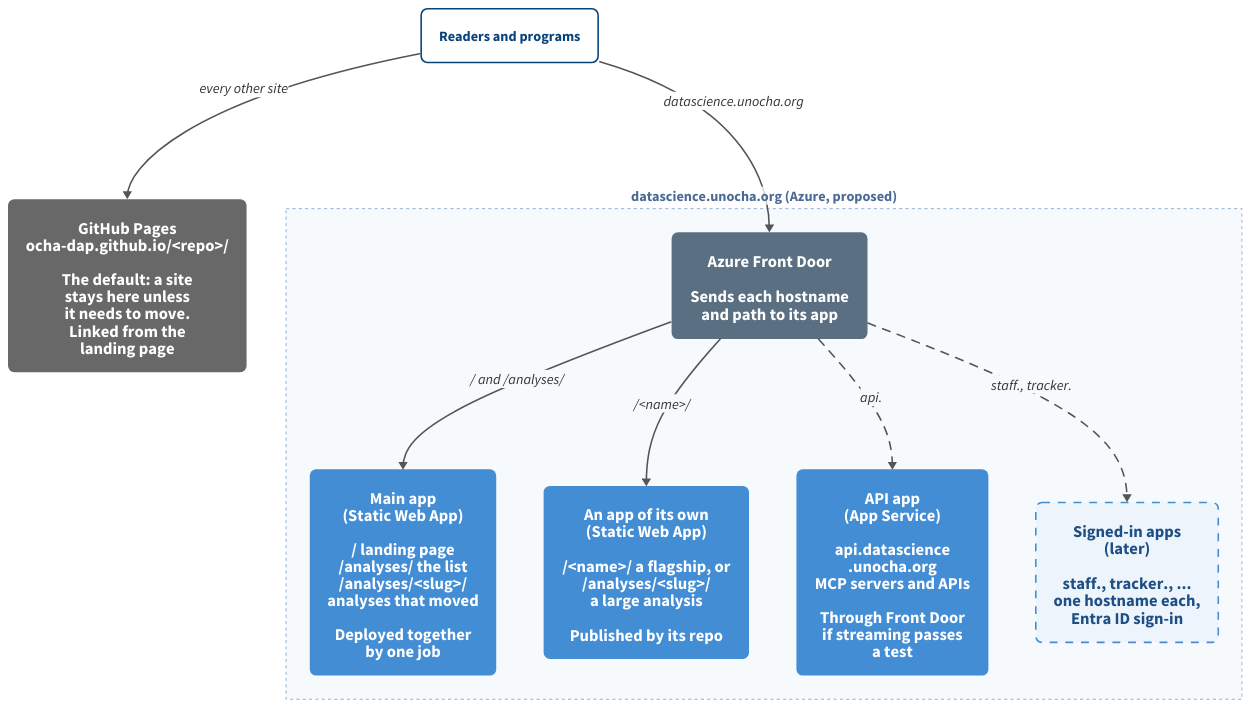
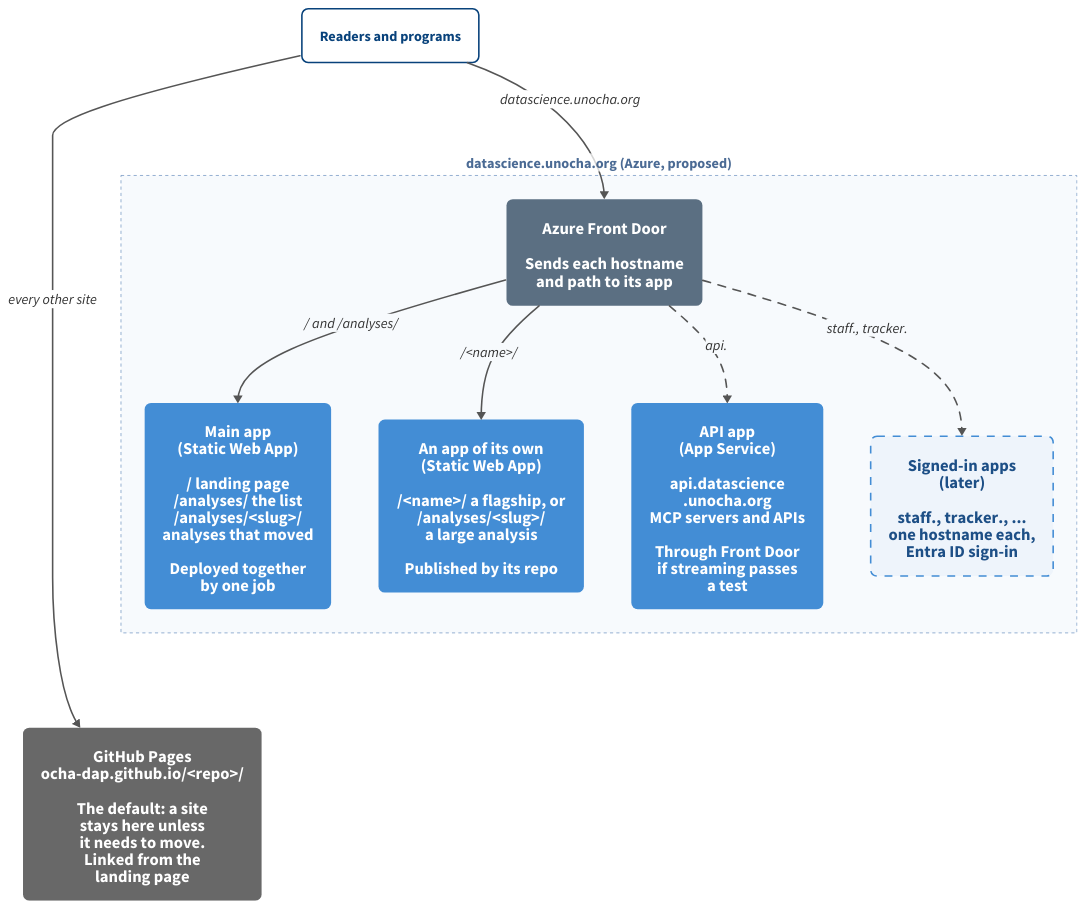
Before and after one commit to OCHA-DAP/ds-knowledge-base: the diagram in infrastructure/datascience-site.d2, drawn with D2. The commit also changed 1 other file, not shown here.

Commit message:
datascience-site: diagram narrower (GitHub Pages box below the Azure group) so its text reads larger

```diff
--- a/infrastructure/datascience-site.d2
+++ b/infrastructure/datascience-site.d2
@@ -1,52 +1,54 @@
 # How the parts of datascience.unocha.org (proposed, D126) relate.
 # Render: d2 --layout elk --pad 20 --elk-nodeNodeBetweenLayers 40 --elk-edgeNodeBetweenLayers 30 infrastructure/datascience-site.d2 infrastructure/datascience-site.svg
 # Kept basic on purpose: one box per kind of part, six arrows, no counts or costs.
 # Dashed = not settled: signed-in apps come later; the api. route depends on a streaming test.
 # Plain-text labels: D2 clips Markdown labels and draws code spans as white pills.
 
 direction: down
 
 classes: {
   azure: {
     style: {fill: "#438dd5"; font-color: white; stroke-width: 0; border-radius: 8; font-size: 21}
   }
   later: {
     style: {fill: "#eef4fb"; font-color: "#1d4f86"; stroke: "#438dd5"; stroke-dash: 5; stroke-width: 2; border-radius: 8; font-size: 21}
   }
   gateway: {
     style: {fill: "#5b6f82"; font-color: white; stroke-width: 0; border-radius: 8; font-size: 21}
   }
   github: {
     style: {fill: "#686868"; font-color: white; stroke-width: 0; border-radius: 8; font-size: 21}
   }
 }
 
 (** -> **)[*]: {style: {stroke: "#555555"; font-color: "#333333"; font-size: 18; stroke-width: 2}}
 
 readers: "Readers and programs" {
   style: {fill: "#ffffff"; stroke: "#08427b"; stroke-width: 2; border-radius: 8; font-color: "#08427b"; font-size: 18; bold: true}
 }
 
 pages: "GitHub Pages\nocha-dap.github.io/<repo>/\n\nThe default: a site\nstays here unless\nit needs to move.\nLinked from the\nlanding page" {class: github}
 
 site: "datascience.unocha.org (Azure, proposed)" {
   style: {fill: "#f7fafd"; stroke: "#7a9cc6"; stroke-dash: 4; stroke-width: 1; font-color: "#4a6a94"; font-size: 18; bold: true}
 
   fd: "Azure Front Door\n\nSends each hostname\nand path to its app" {class: gateway}
 
   main: "Main app\n(Static Web App)\n\n/ landing page\n/analyses/ the list\n/analyses/<slug>/\nanalyses that moved\n\nDeployed together\nby one job" {class: azure}
 
   own: "An app of its own\n(Static Web App)\n\n/<name>/ a flagship, or\n/analyses/<slug>/\na large analysis\n\nPublished by its repo" {class: azure}
 
   api: "API app\n(App Service)\n\napi.datascience\n.unocha.org\nMCP servers and APIs\n\nThrough Front Door\nif streaming passes\na test" {class: azure}
 
   signed: "Signed-in apps\n(later)\n\nstaff., tracker., ...\none hostname each,\nEntra ID sign-in" {class: later}
 
   fd -> api: "api." {style.stroke-dash: 5}
   fd -> main: "/ and /analyses/"
   fd -> own: "/<name>/"
   fd -> signed: "staff., tracker." {style.stroke-dash: 5}
 }
 
 readers -> site.fd: "datascience.unocha.org"
 readers -> pages: "every other site"
+# Layout only (not drawn): keeps GitHub Pages below the Azure group, so the diagram stays narrow enough to read.
+site.main -> pages: {style.opacity: 0}
```
